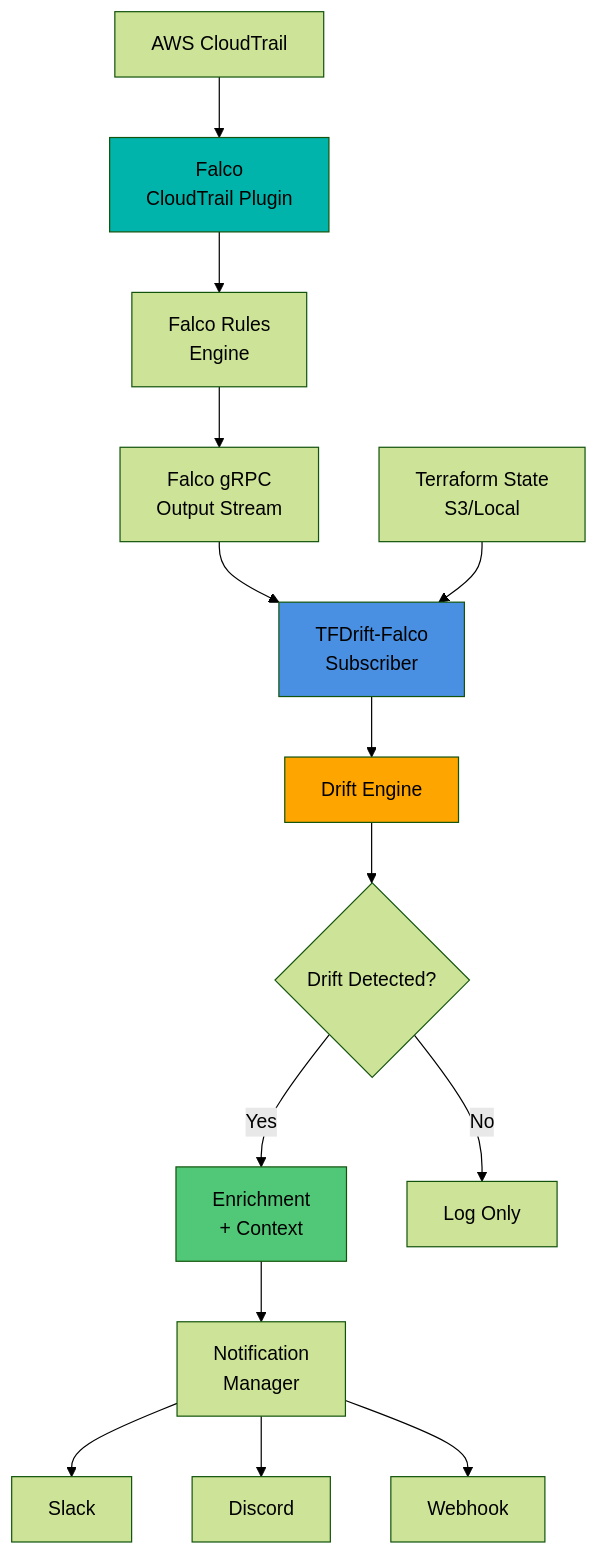
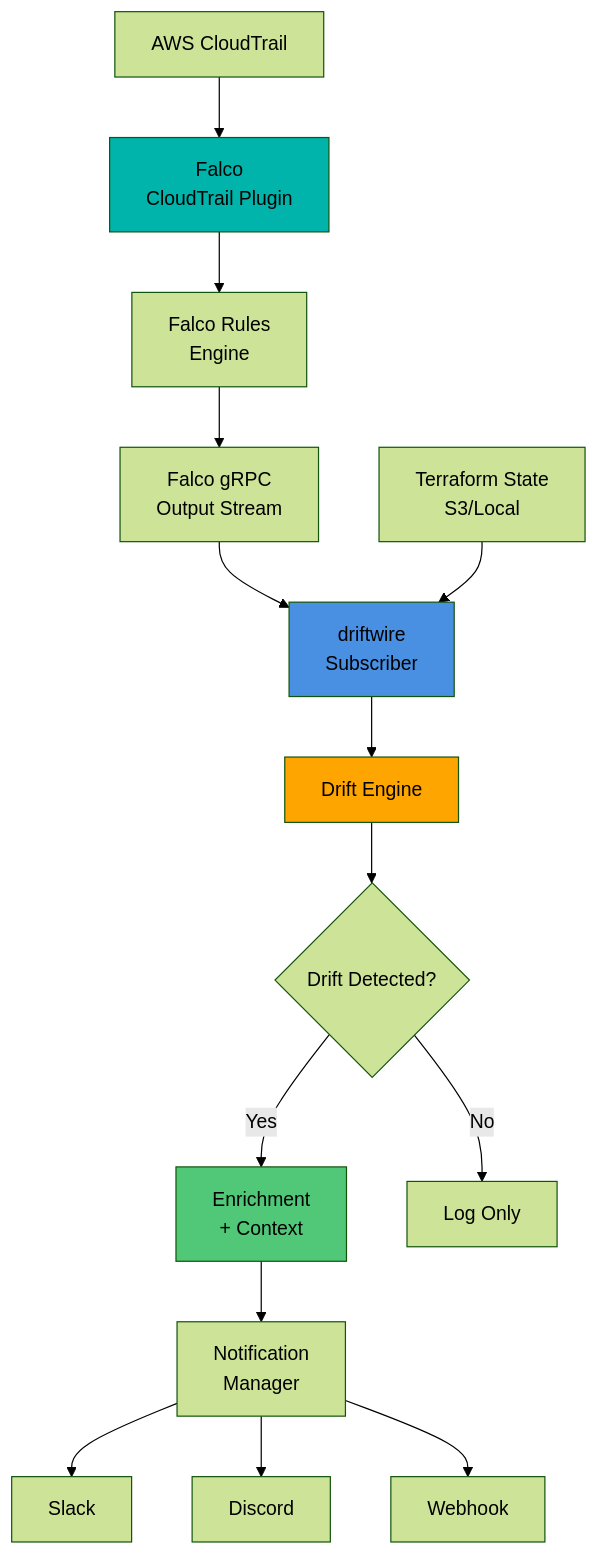
One commit to higakikeita/tfdrift-falco changed the diagram in docs/WHY_FALCO_STORY.md. Above: the diagram before and after it, drawn with Mermaid (forest theme). The commit also changed other lines of this file and 448 other files, not shown here.

````diff
--- a/docs/WHY_FALCO_STORY.md
+++ b/docs/WHY_FALCO_STORY.md
@@ -275,25 +275,25 @@
 ```mermaid
 graph TB
     A[AWS CloudTrail] --> B[Falco<br/>CloudTrail Plugin]
     B --> C[Falco Rules<br/>Engine]
     C --> D[Falco gRPC<br/>Output Stream]
-    D --> E[TFDrift-Falco<br/>Subscriber]
+    D --> E[driftwire<br/>Subscriber]
 
     F[Terraform State<br/>S3/Local] --> E
 
     E --> G[Drift Engine]
     G --> H{Drift Detected?}
 
     H -->|Yes| I[Enrichment<br/>+ Context]
     H -->|No| J[Log Only]
 
     I --> K[Notification<br/>Manager]
     K --> L[Slack]
     K --> M[Discord]
     K --> N[Webhook]
 
     style E fill:#4A90E2
     style G fill:#FFA500
     style I fill:#50C878
     style B fill:#00B4AB
 ```
````
